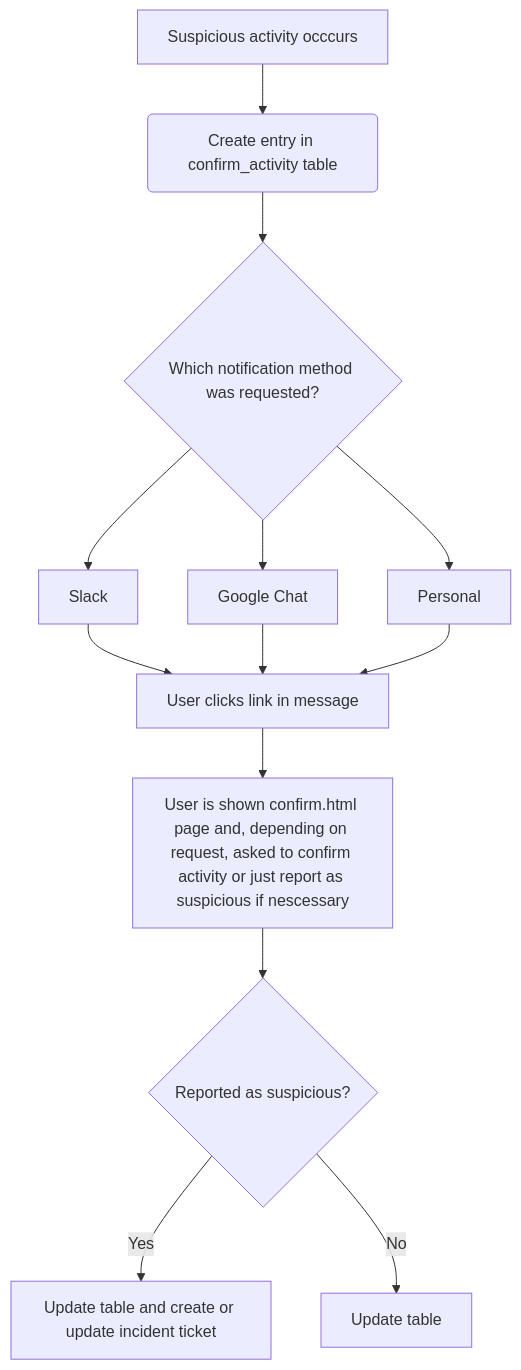
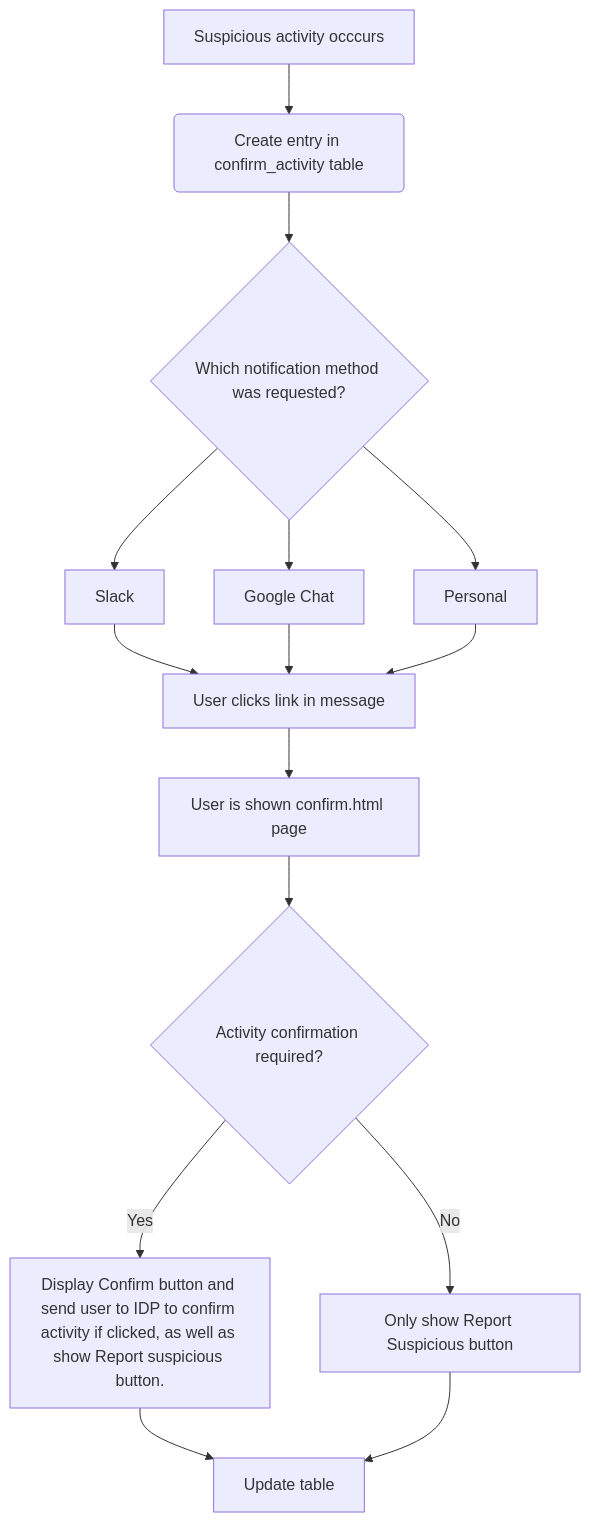
Before and after one commit to utilitywarehouse/activity-confirmation: the diagram in README.md, drawn with Mermaid.

Commit message:
Refine confirmation process in README diagram
Clarified user confirmation flow in the diagram.

````diff
--- a/README.md
+++ b/README.md
@@ -18,15 +18,17 @@
 ```mermaid
 flowchart TD
     A[Suspicious activity occcurs] --> B(Create entry in confirm_activity table)
     B --> C{Which notification method was requested?}
     C --> D[Slack]
     C --> E[Google Chat]
     C --> F[Personal]
     D --> G[User clicks link in message]
     E --> G
     F --> G
-    G --> H[User is shown confirm.html page and, depending on request, asked to confirm activity or just report as suspicious if nescessary]
-    H --> I{Reported as suspicious?}
-    I --> | Yes | J[Update table and create or update incident ticket]
-    I --> | No | K[Update table]
+    G --> H[User is shown confirm.html page]
+    H --> I{Activity confirmation required?}
+    I --> | Yes | J[Display Confirm button and send user to IDP to confirm activity if clicked, as well as show Report suspicious button.]
+    I --> | No | K[Only show Report Suspicious button]
+    J -->  L[Update table]
+    K -->  L[Update table]
 ```
````
